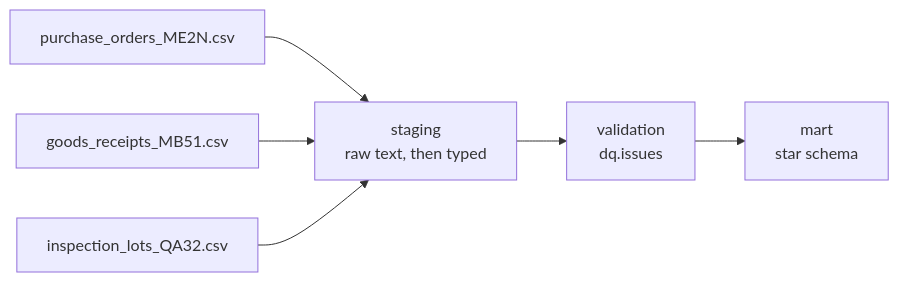
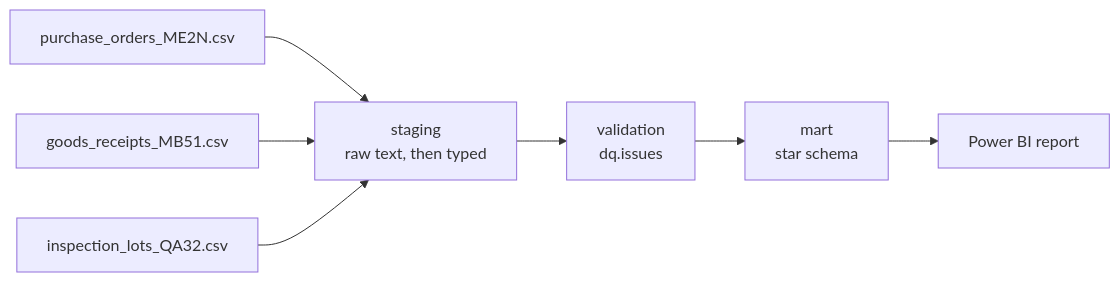
Before and after one commit to can-ayhan/supplier-delivery-scorecard: the first of 2 diagrams in README.md, drawn with Mermaid. The commit also changed other lines of this file and 4 other files, not shown here.

First line of the commit message:
Add report screenshots and a Power BI section to the README

````diff
--- a/README.md
+++ b/README.md
@@ -11,8 +13,9 @@
 ```mermaid
 flowchart LR
     A[purchase_orders_ME2N.csv] --> S
     B[goods_receipts_MB51.csv] --> S
     C[inspection_lots_QA32.csv] --> S
     S[staging<br/>raw text, then typed] --> V[validation<br/>dq.issues]
     V --> M[mart<br/>star schema]
+    M --> P[Power BI report]
 ```
````
